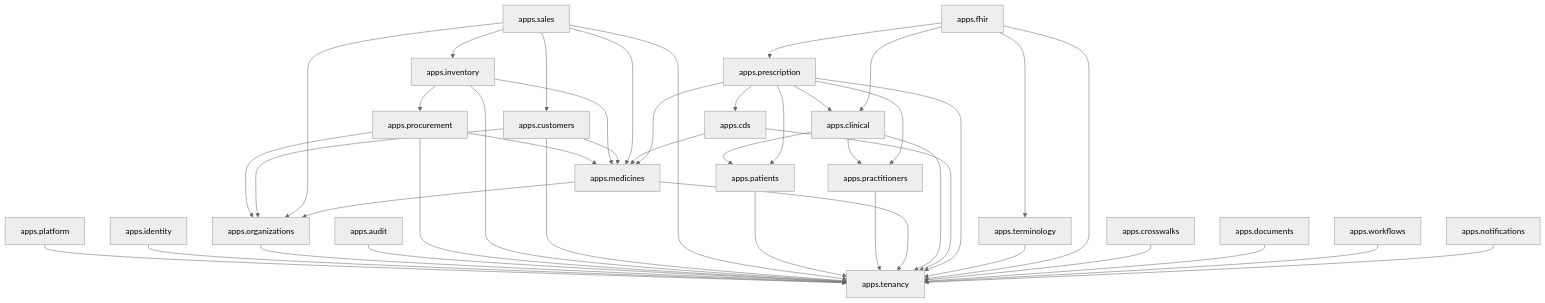
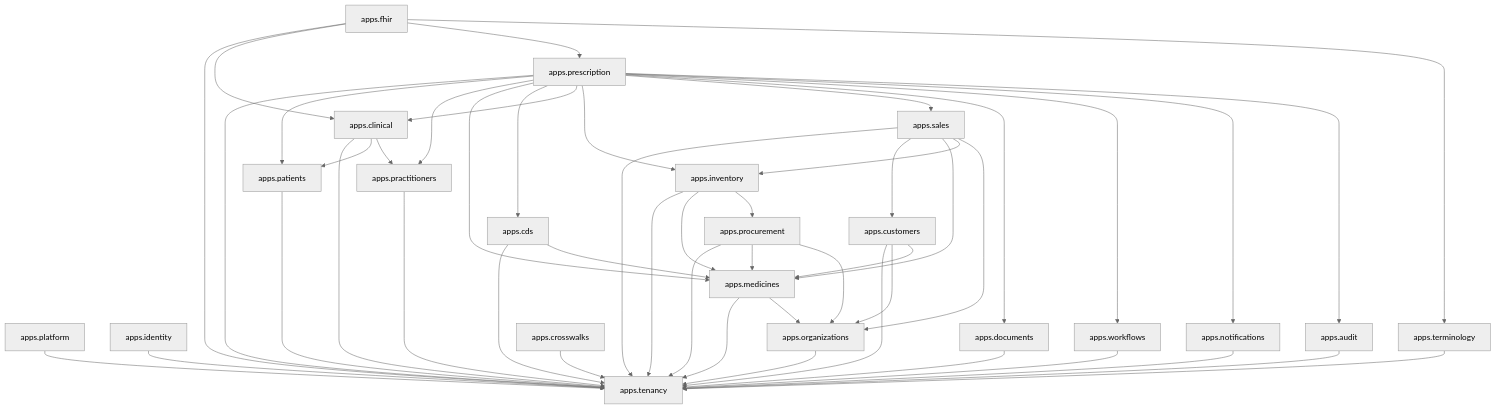
Before and after one commit to cksidney/TibaTrace: the first of 2 diagrams in docs/architecture/REPOSITORY_DEPENDENCY_GRAPH.md, drawn with Mermaid (neutral theme). The commit also changed other lines of this file and 54 other files, not shown here.

````diff
--- a/docs/architecture/REPOSITORY_DEPENDENCY_GRAPH.md
+++ b/docs/architecture/REPOSITORY_DEPENDENCY_GRAPH.md
@@ -13,58 +13,64 @@
 ```mermaid
 graph TD
     %% Core Infrastructure & Tenancy
     platform[apps.platform] --> tenancy[apps.tenancy]
     identity[apps.identity] --> tenancy
     organizations[apps.organizations] --> tenancy
     audit[apps.audit] --> tenancy
 
     %% Procurement, Supplier Governance & Inventory
     procurement[apps.procurement] --> tenancy
     procurement --> medicines
     procurement --> organizations
     inventory[apps.inventory] --> tenancy
     inventory --> medicines
     inventory --> procurement
 
     %% Customers, Sales & Fulfilment
     customers[apps.customers] --> tenancy
     customers --> organizations
     customers --> medicines
     sales[apps.sales] --> tenancy
     sales --> customers
     sales --> medicines
     sales --> inventory
     sales --> organizations
 
     %% Clinical Core & Enterprise Medicine Master
     patients[apps.patients] --> tenancy
     practitioners[apps.practitioners] --> tenancy
     medicines[apps.medicines] --> tenancy
     medicines --> organizations
     clinical[apps.clinical] --> tenancy
     clinical --> patients
     clinical --> practitioners
 
     %% Prescription & CDS
     cds[apps.cds] --> tenancy
     cds --> medicines
     prescription[apps.prescription] --> tenancy
     prescription --> patients
     prescription --> practitioners
     prescription --> medicines
     prescription --> cds
     prescription --> clinical
+    prescription --> inventory
+    prescription --> sales
+    prescription --> documents
+    prescription --> workflows
+    prescription --> notifications
+    prescription --> audit
 
     %% FHIR & Terminology
     terminology[apps.terminology] --> tenancy
     fhir[apps.fhir] --> tenancy
     fhir --> clinical
     fhir --> prescription
     fhir --> terminology
 
     %% Auxiliary & Integration
     crosswalks[apps.crosswalks] --> tenancy
     documents[apps.documents] --> tenancy
     workflows[apps.workflows] --> tenancy
     notifications[apps.notifications] --> tenancy
 ```
````
